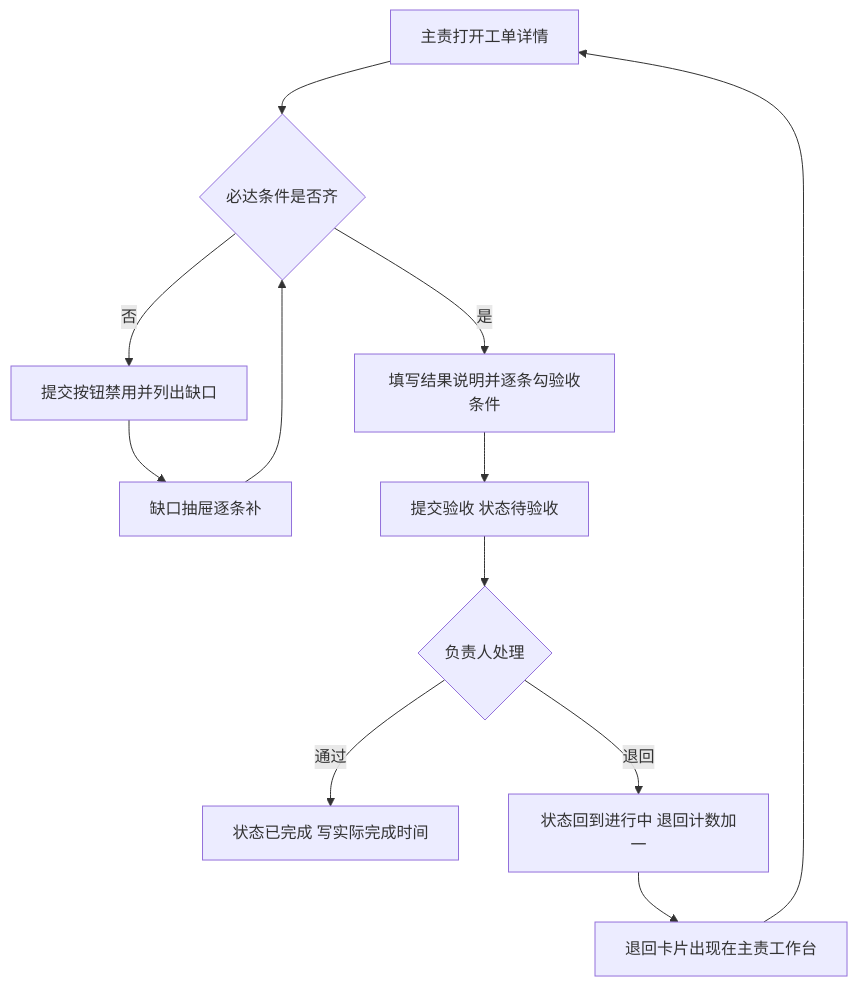
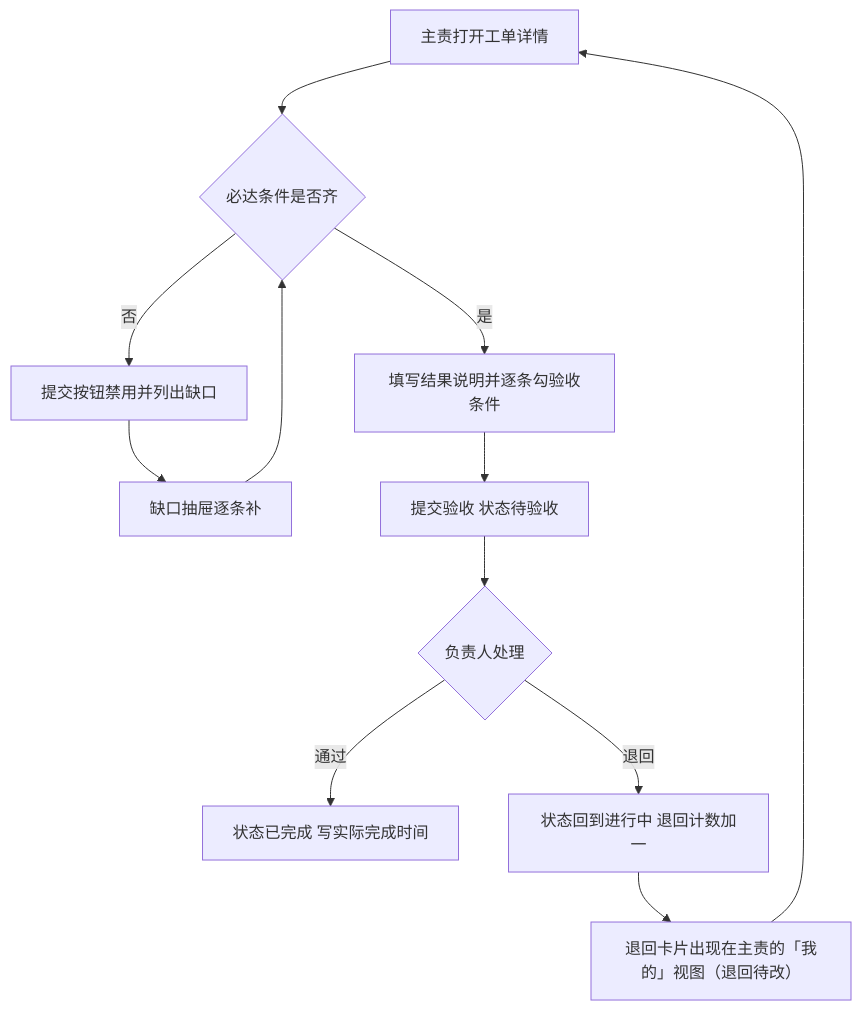
One commit to zhangxuanchen/TraceLink changed diagram 13 of 13 in docs/DESIGN.md. Above: the diagram before and after it, drawn with Mermaid. The commit also changed other lines of this file and 121 other files, not shown here.

````diff
--- a/docs/DESIGN.md
+++ b/docs/DESIGN.md
@@ -2431,14 +2426,14 @@
 ```mermaid
 flowchart TD
     A["主责打开工单详情"] --> B{"必达条件是否齐"}
     B -- 否 --> C["提交按钮禁用并列出缺口"]
     C --> D["缺口抽屉逐条补"]
     D --> B
     B -- 是 --> E["填写结果说明并逐条勾验收条件"]
     E --> F["提交验收 状态待验收"]
     F --> G{"负责人处理"}
     G -- 通过 --> H["状态已完成 写实际完成时间"]
     G -- 退回 --> I["状态回到进行中 退回计数加一"]
-    I --> J["退回卡片出现在主责工作台"]
+    I --> J["退回卡片出现在主责的「我的」视图（退回待改）"]
     J --> A
 ```
````
